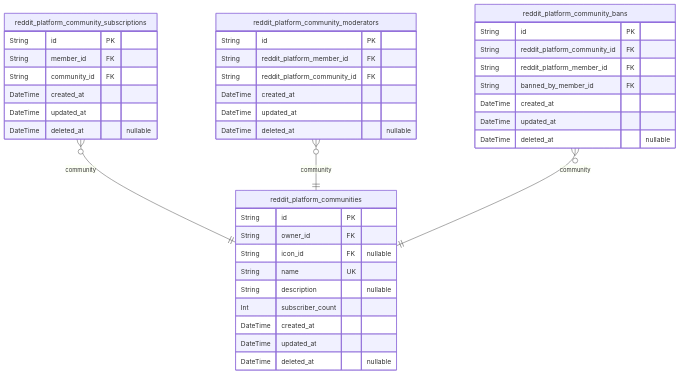
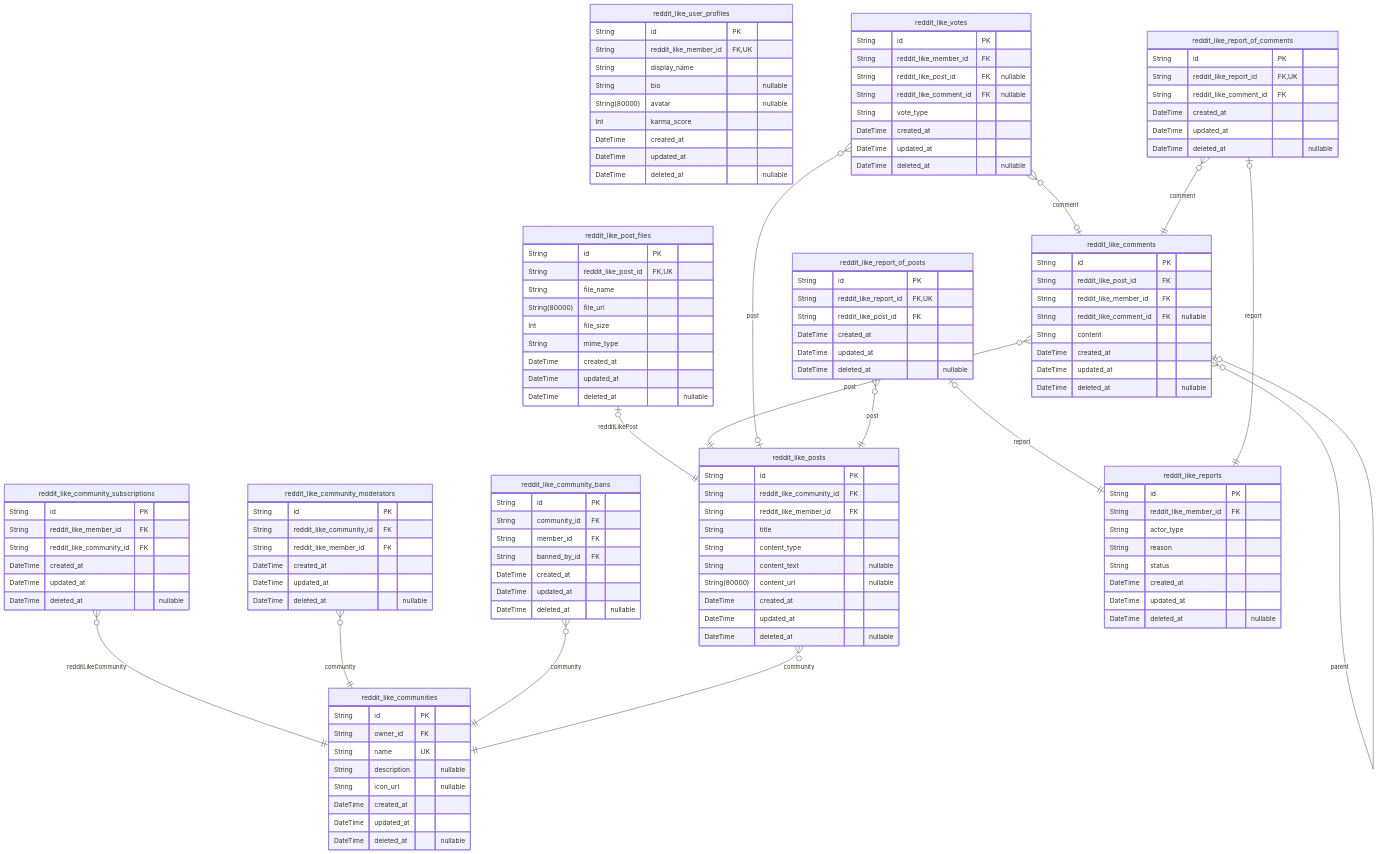
The second of 2 diagrams in qwen/qwen3.5-122b-a10b/reddit/docs/ERD.md (wrtnlabs/autobe-examples), drawn with Mermaid before and after one commit. The commit also changed other lines of this file and 32093 other files, not shown here.

````diff
--- a/qwen/qwen3.5-122b-a10b/reddit/docs/ERD.md
+++ b/qwen/qwen3.5-122b-a10b/reddit/docs/ERD.md
@@ -429,42 +392,131 @@
 ```mermaid
 erDiagram
-"reddit_platform_communities" {
+"reddit_like_user_profiles" {
   String id PK
-  String owner_id FK
-  String icon_id FK "nullable"
-  String name UK
-  String description "nullable"
-  Int subscriber_count
+  String reddit_like_member_id FK,UK
+  String display_name
+  String bio "nullable"
+  String(80000) avatar "nullable"
+  Int karma_score
   DateTime created_at
   DateTime updated_at
   DateTime deleted_at "nullable"
 }
-"reddit_platform_community_subscriptions" {
+"reddit_like_communities" {
   String id PK
-  String member_id FK
-  String community_id FK
+  String owner_id FK
+  String name UK
+  String description "nullable"
+  String icon_url "nullable"
   DateTime created_at
   DateTime updated_at
   DateTime deleted_at "nullable"
 }
-"reddit_platform_community_moderators" {
+"reddit_like_community_subscriptions" {
   String id PK
-  String reddit_platform_member_id FK
-  String reddit_platform_community_id FK
+  String reddit_like_member_id FK
+  String reddit_like_community_id FK
   DateTime created_at
   DateTime updated_at
   DateTime deleted_at "nullable"
 }
-"reddit_platform_community_bans" {
+"reddit_like_community_moderators" {
   String id PK
-  String reddit_platform_community_id FK
-  String reddit_platform_member_id FK
-  String banned_by_member_id FK
+  String reddit_like_community_id FK
+  String reddit_like_member_id FK
   DateTime created_at
   DateTime updated_at
   DateTime deleted_at "nullable"
 }
-"reddit_platform_community_subscriptions" }o--|| "reddit_platform_communities" : community
-"reddit_platform_community_moderators" }o--|| "reddit_platform_communities" : community
-"reddit_platform_community_bans" }o--|| "reddit_platform_communities" : community
+"reddit_like_community_bans" {
+  String id PK
+  String community_id FK
+  String member_id FK
+  String banned_by_id FK
+  DateTime created_at
+  DateTime updated_at
+  DateTime deleted_at "nullable"
+}
+"reddit_like_posts" {
+  String id PK
+  String reddit_like_community_id FK
+  String reddit_like_member_id FK
+  String title
+  String content_type
+  String content_text "nullable"
+  String(80000) content_url "nullable"
+  DateTime created_at
+  DateTime updated_at
+  DateTime deleted_at "nullable"
+}
+"reddit_like_post_files" {
+  String id PK
+  String reddit_like_post_id FK,UK
+  String file_name
+  String(80000) file_url
+  Int file_size
+  String mime_type
+  DateTime created_at
+  DateTime updated_at
+  DateTime deleted_at "nullable"
+}
+"reddit_like_comments" {
+  String id PK
+  String reddit_like_post_id FK
+  String reddit_like_member_id FK
+  String reddit_like_comment_id FK "nullable"
+  String content
+  DateTime created_at
+  DateTime updated_at
+  DateTime deleted_at "nullable"
+}
+"reddit_like_votes" {
+  String id PK
+  String reddit_like_member_id FK
+  String reddit_like_post_id FK "nullable"
+  String reddit_like_comment_id FK "nullable"
+  String vote_type
+  DateTime created_at
+  DateTime updated_at
+  DateTime deleted_at "nullable"
+}
+"reddit_like_reports" {
+  String id PK
+  String reddit_like_member_id FK
+  String actor_type
+  String reason
+  String status
+  DateTime created_at
+  DateTime updated_at
+  DateTime deleted_at "nullable"
+}
+"reddit_like_report_of_posts" {
+  String id PK
+  String reddit_like_report_id FK,UK
+  String reddit_like_post_id FK
+  DateTime created_at
+  DateTime updated_at
+  DateTime deleted_at "nullable"
+}
+"reddit_like_report_of_comments" {
+  String id PK
+  String reddit_like_report_id FK,UK
+  String reddit_like_comment_id FK
+  DateTime created_at
+  DateTime updated_at
+  DateTime deleted_at "nullable"
+}
+"reddit_like_community_subscriptions" }o--|| "reddit_like_communities" : redditLikeCommunity
+"reddit_like_community_moderators" }o--|| "reddit_like_communities" : community
+"reddit_like_community_bans" }o--|| "reddit_like_communities" : community
+"reddit_like_posts" }o--|| "reddit_like_communities" : community
+"reddit_like_post_files" |o--|| "reddit_like_posts" : redditLikePost
+"reddit_like_comments" }o--|| "reddit_like_posts" : post
+"reddit_like_comments" }o--o| "reddit_like_comments" : parent
+"reddit_like_votes" }o--o| "reddit_like_posts" : post
+"reddit_like_votes" }o--o| "reddit_like_comments" : comment
+"reddit_like_report_of_posts" |o--|| "reddit_like_reports" : report
+"reddit_like_report_of_posts" }o--|| "reddit_like_posts" : post
+"reddit_like_report_of_comments" |o--|| "reddit_like_reports" : report
+"reddit_like_report_of_comments" }o--|| "reddit_like_comments" : comment
 ```
````
